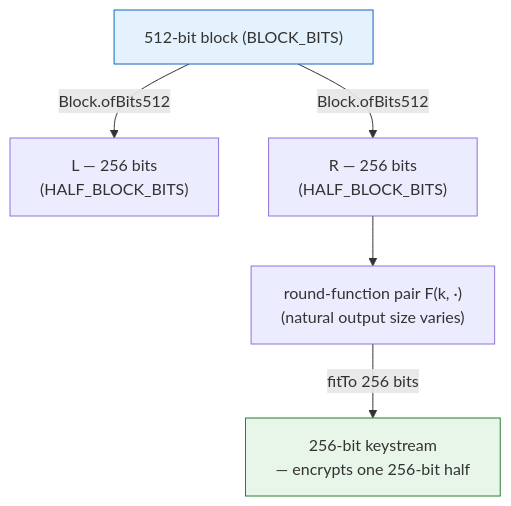
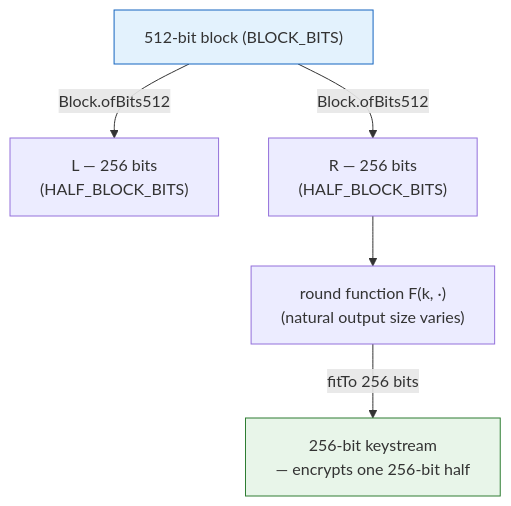
The first of 5 diagrams in docs/cipher-visualization.md (locusf/blackworm), drawn with Mermaid before and after one commit. The commit also changed other lines of this file and 4 other files, not shown here.

````diff
--- a/docs/cipher-visualization.md
+++ b/docs/cipher-visualization.md
@@ -57,10 +57,10 @@
 ```mermaid
 flowchart TB
     B["512-bit block (BLOCK_BITS)"]
     B -->|"Block.ofBits512"| L["L — 256 bits\n(HALF_BLOCK_BITS)"]
     B -->|"Block.ofBits512"| R["R — 256 bits\n(HALF_BLOCK_BITS)"]
-    R --> F["round-function pair F(k, ·)\n(natural output size varies)"]
+    R --> F["round function F(k, ·)\n(natural output size varies)"]
     F -->|"fitTo 256 bits"| OUT["256-bit keystream\n— encrypts one 256-bit half"]
     style B fill:#e3f2fd,stroke:#1565c0
     style OUT fill:#e8f5e9,stroke:#2e7d32
 ```
````
